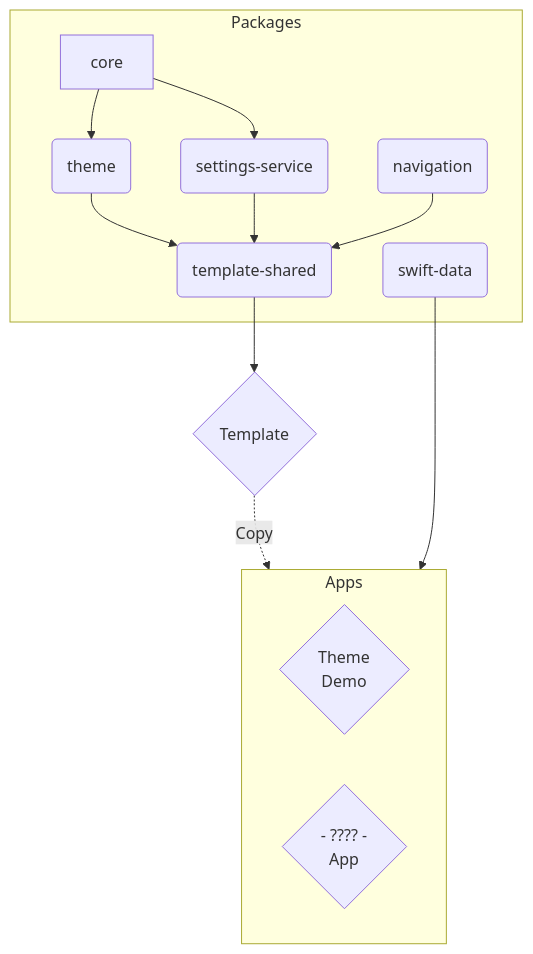
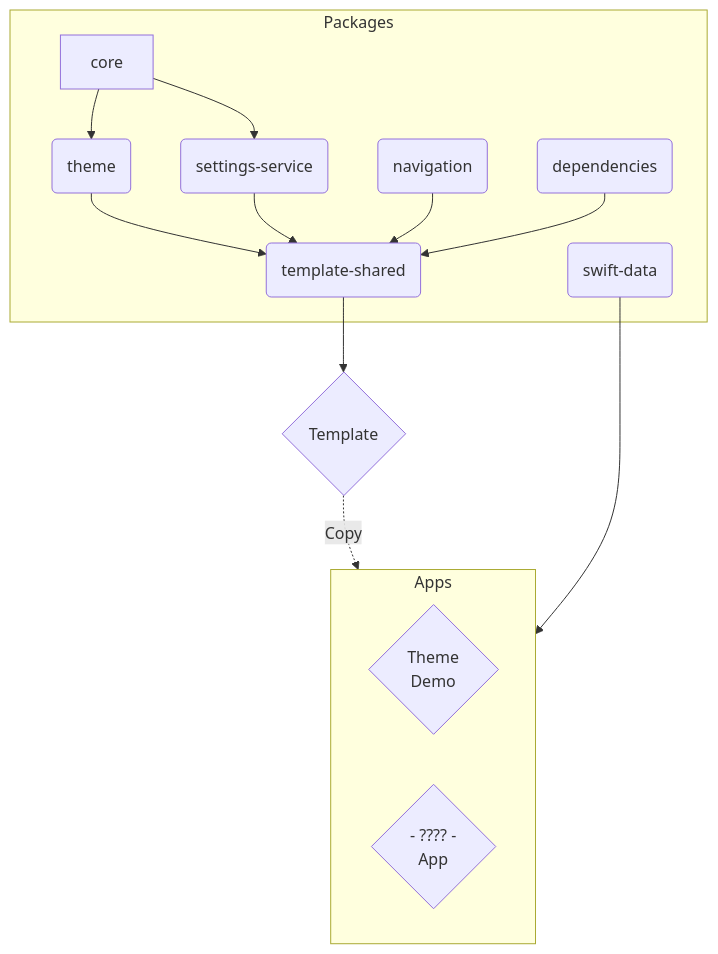
The diagram in README.md (simonnickel/snap), drawn with Mermaid before and after one commit.

````diff
--- a/README.md
+++ b/README.md
@@ -26,31 +26,33 @@
 ```mermaid
 flowchart TD
 
     subgraph Packages
     C1[core]
     M2(theme)
     M3(settings-service)
     M4(navigation)
-    M5(swift-data)
+    M5(dependencies)
+    M6(swift-data)
     M1(template-shared)
     end
     
     A1{Template}
 
     subgraph Apps
     A2{Theme\nDemo}
     A3{ - ???? - \nApp}
     end
 
     C1 --> M2
     C1 --> M3
 
     M2 --> M1
     M3 --> M1
     M4 --> M1
+    M5 --> M1
 
     M1 --> A1
 
     A1 -.->|Copy| Apps
-    M5 --> Apps
+    M6 --> Apps
 ```
````
